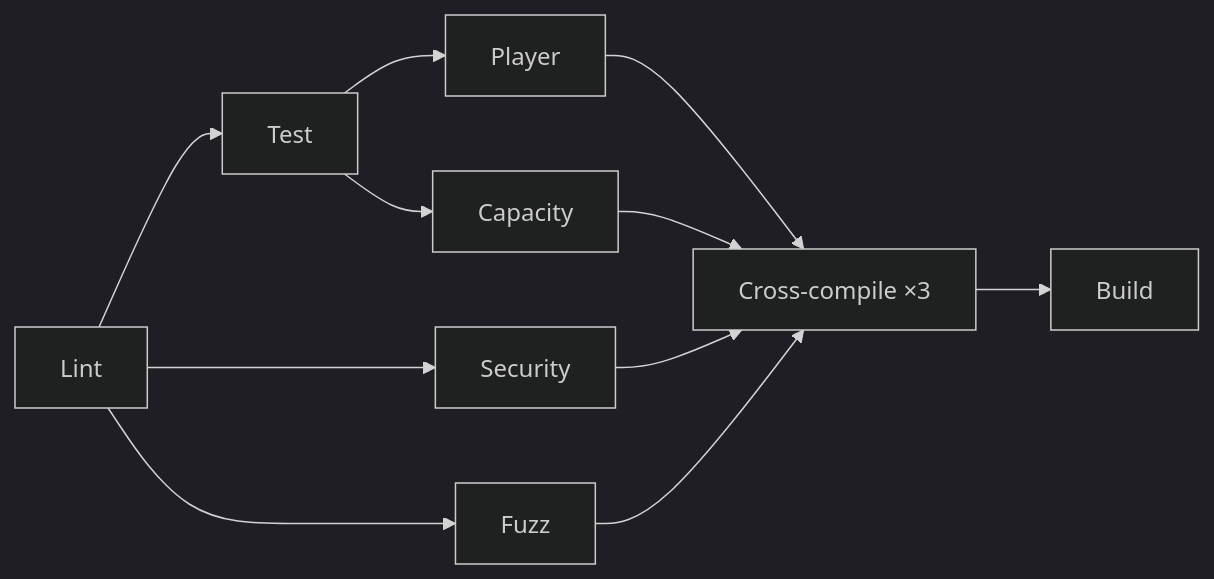
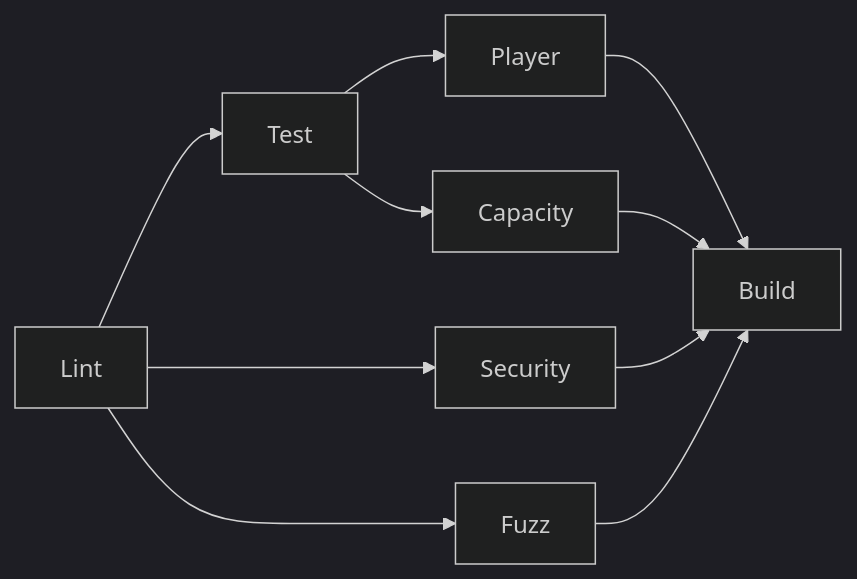
The second of 2 diagrams in CONTRIBUTING.md (KingOfKalk/wg-stream-proxy), drawn with Mermaid (dark theme) before and after one commit. The commit also changed other lines of this file and 5 other files, not shown here.

Commit message:
ci: one darwin build instead of cross-compile, weekly fuzzing (#151)

````diff
--- a/CONTRIBUTING.md
+++ b/CONTRIBUTING.md
@@ -170,6 +172,6 @@
 ```mermaid
 flowchart LR
     Lint --> Test & Security & Fuzz
     Test --> Player & Capacity
-    Player & Capacity & Security & Fuzz --> cc["Cross-compile ×3"] --> Build
+    Player & Capacity & Security & Fuzz --> Build
 ```
````
